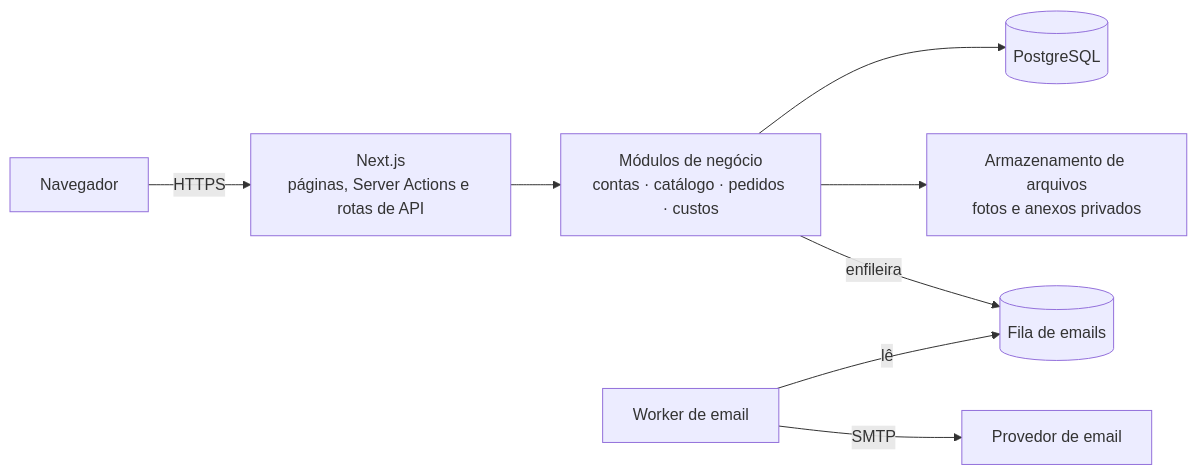
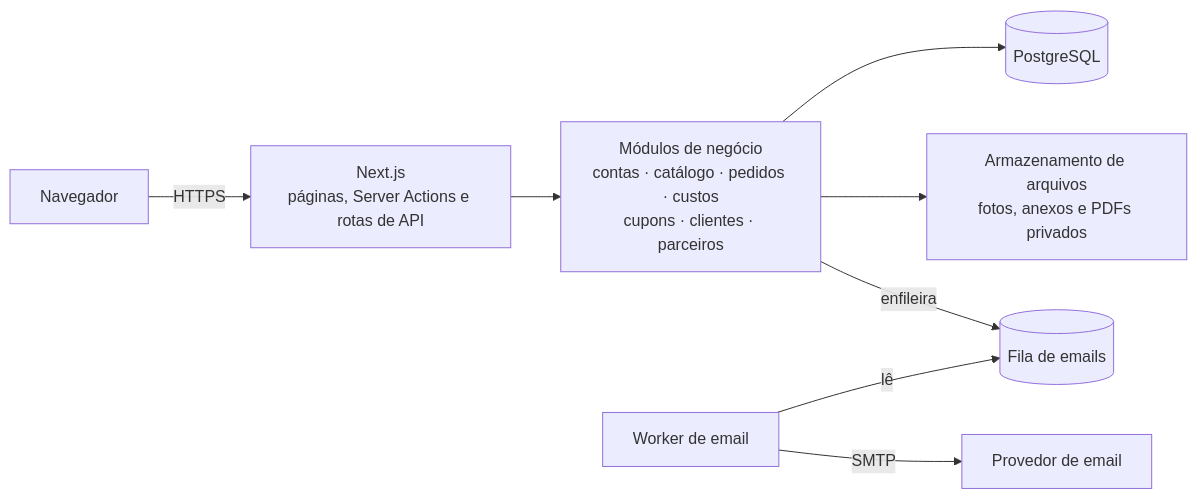
The diagram in README.md (kelvinsg218/TRA-O_3D), drawn with Mermaid before and after one commit. The commit also changed other lines of this file and 13 other files, not shown here.

First line of the commit message:
docs: atualiza apresentação com parceiros, CEP unificado, cupons, custos, PDFs e QR de teste

````diff
--- a/README.md
+++ b/README.md
@@ -108,10 +174,10 @@
 ```mermaid
 flowchart LR
   B[Navegador] -->|HTTPS| N[Next.js<br/>páginas, Server Actions e rotas de API]
-  N --> M[Módulos de negócio<br/>contas · catálogo · pedidos · custos]
+  N --> M[Módulos de negócio<br/>contas · catálogo · pedidos · custos<br/>cupons · clientes · parceiros]
   M --> DB[(PostgreSQL)]
-  M --> FS[Armazenamento de arquivos<br/>fotos e anexos privados]
+  M --> FS[Armazenamento de arquivos<br/>fotos, anexos e PDFs privados]
   M -->|enfileira| Q[(Fila de emails)]
   W[Worker de email] -->|lê| Q
   W -->|SMTP| E[Provedor de email]
 ```
````
